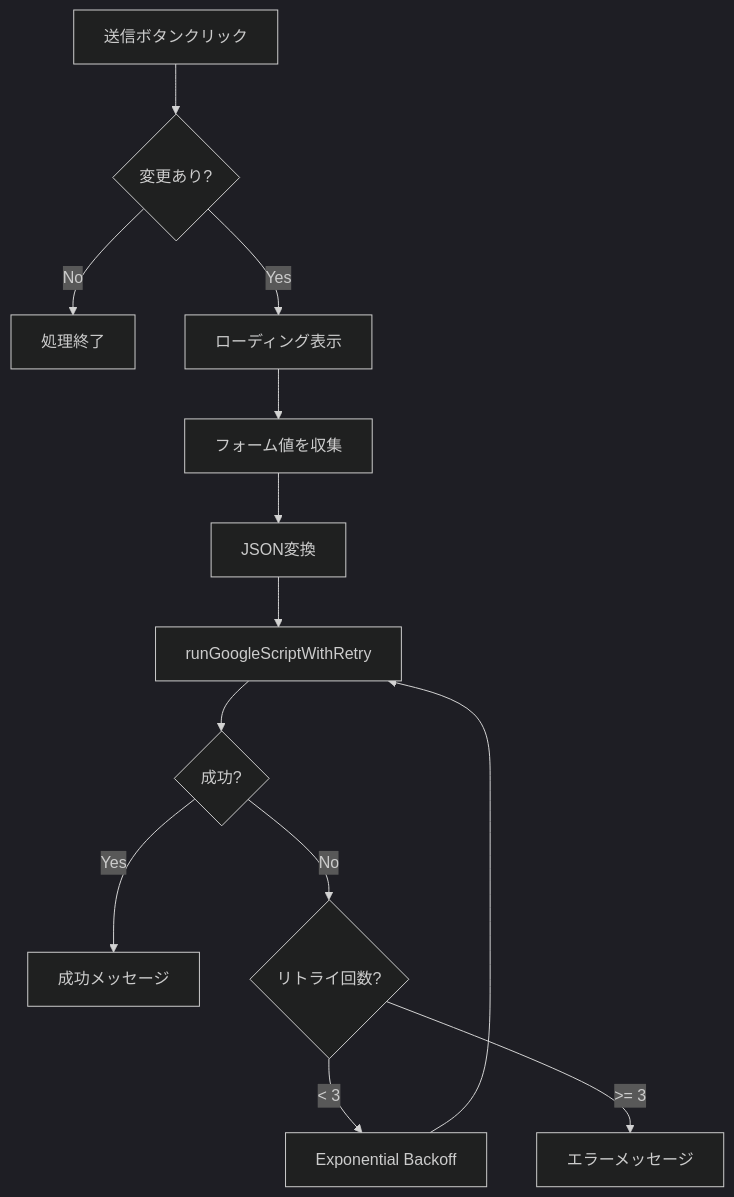
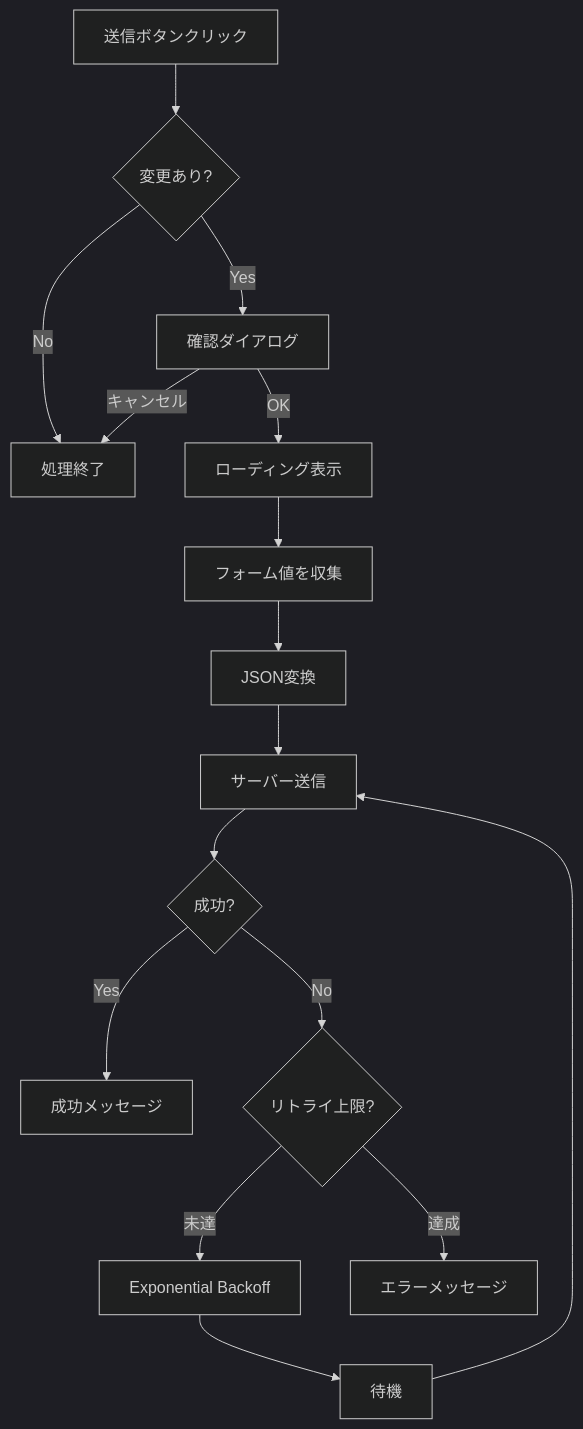
Before and after one commit to suzukishigeru4b/juken-survey-public: the sixth of 6 diagrams in PROGRAM_SPECIFICATION.md, drawn with Mermaid (dark theme). The commit also changed other lines of this file and 6 other files, not shown here.

````diff
--- a/PROGRAM_SPECIFICATION.md
+++ b/PROGRAM_SPECIFICATION.md
@@ -478,15 +397,18 @@
 ```mermaid
 flowchart TD
     A[送信ボタンクリック] --> B{変更あり?}
     B -->|No| C[処理終了]
-    B -->|Yes| D[ローディング表示]
-    D --> E[フォーム値を収集]
-    E --> F[JSON変換]
-    F --> G[runGoogleScriptWithRetry]
-    G --> H{成功?}
-    H -->|Yes| I[成功メッセージ]
-    H -->|No| J{リトライ回数?}
-    J -->|< 3| K[Exponential Backoff]
-    K --> G
-    J -->|>= 3| L[エラーメッセージ]
+    B -->|Yes| D[確認ダイアログ]
+    D -->|キャンセル| C
+    D -->|OK| E[ローディング表示]
+    E --> F[フォーム値を収集]
+    F --> G[JSON変換]
+    G --> H[サーバー送信]
+    H --> I{成功?}
+    I -->|Yes| J[成功メッセージ]
+    I -->|No| K{リトライ上限?}
+    K -->|未達| L[Exponential Backoff]
+    L --> M[待機]
+    M --> H
+    K -->|達成| N[エラーメッセージ]
 ```
````
